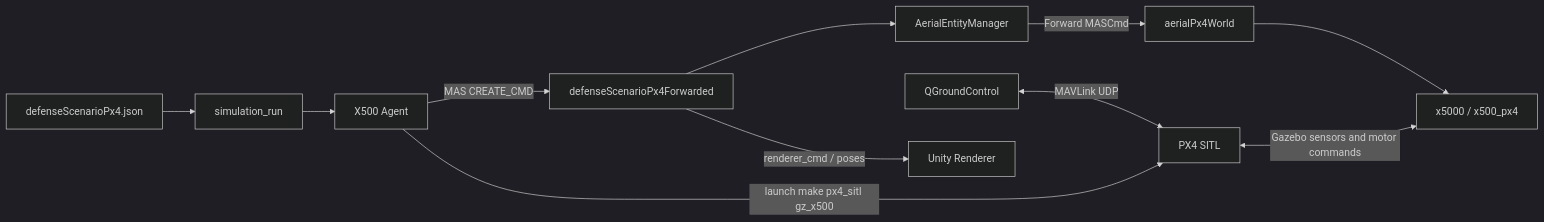
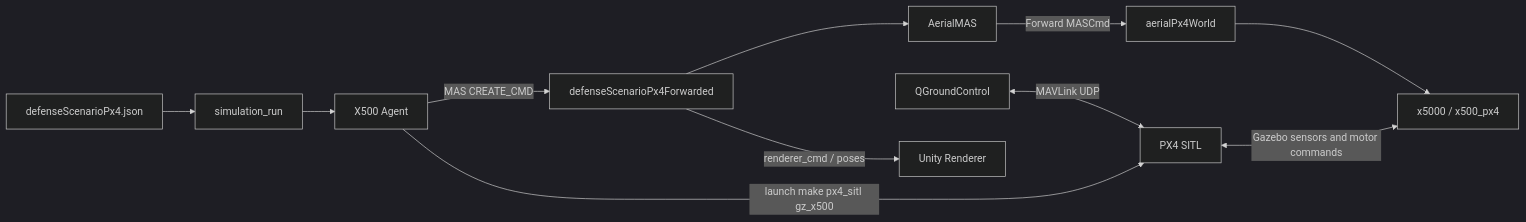
The diagram in docs/PX4_Documentation/PX4_Integration_Technical.md (IRL-Crossing-CNRS/LOTUSim), drawn with Mermaid (dark theme) before and after one commit. The commit also changed other lines of this file and 3 other files, not shown here.

````diff
--- a/docs/PX4_Documentation/PX4_Integration_Technical.md
+++ b/docs/PX4_Documentation/PX4_Integration_Technical.md
@@ -107,25 +107,25 @@
 ```mermaid
 flowchart LR
     Config[defenseScenarioPx4.json]
     Scenario[simulation_run]
     X500[X500 Agent]
     MainWorld[defenseScenarioPx4Forwarded]
-    AerialBridge[AerialEntityManager]
+    AerialBridge[AerialMAS]
     AerialWorld[aerialPx4World]
     Drone[x5000 / x500_px4]
     PX4[PX4 SITL]
     QGC[QGroundControl]
     Unity[Unity Renderer]
 
     Config --> Scenario
     Scenario --> X500
     X500 -->|MAS CREATE_CMD| MainWorld
     MainWorld --> AerialBridge
     AerialBridge -->|Forward MASCmd| AerialWorld
     AerialWorld --> Drone
 
     X500 -->|launch make px4_sitl gz_x500| PX4
     PX4 <-->|Gazebo sensors and motor commands| Drone
     QGC <-->|MAVLink UDP| PX4
     MainWorld -->|renderer_cmd / poses| Unity
 ```
````
